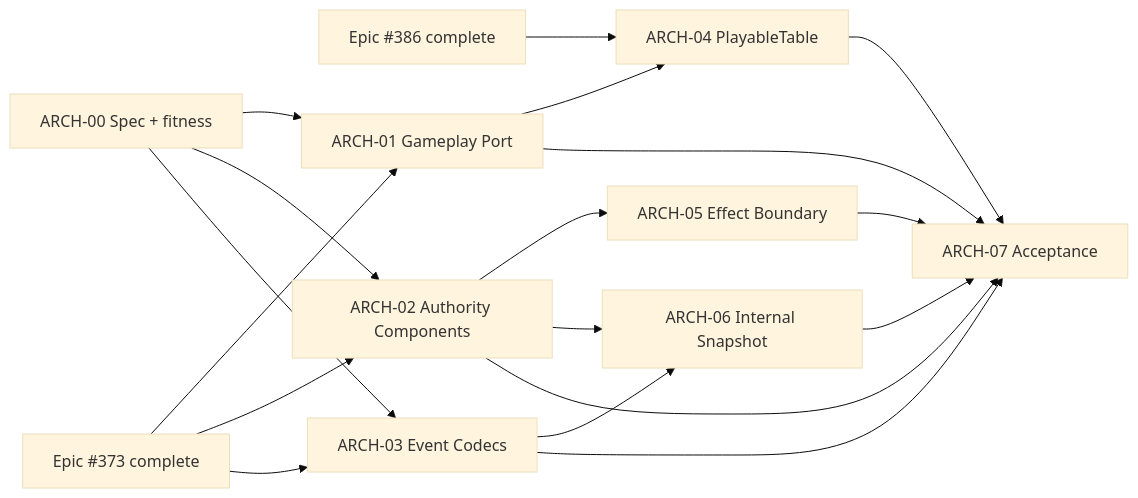
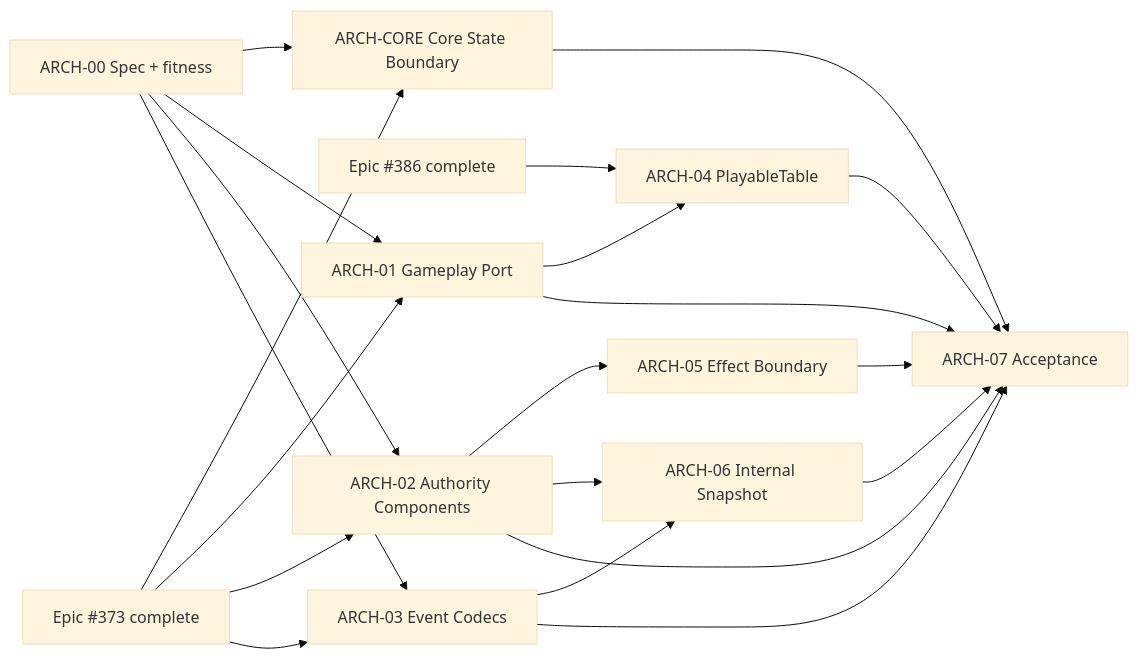
One commit to azhongxiansheng/mahjong-game changed the third of 3 diagrams in docs/superpowers/specs/2026-07-29-architecture-remediation.md. Above: the diagram before and after it, drawn with Mermaid (base theme). The commit also changed other lines of this file and 3 other files, not shown here.

````diff
--- a/docs/superpowers/specs/2026-07-29-architecture-remediation.md
+++ b/docs/superpowers/specs/2026-07-29-architecture-remediation.md
@@ -245,31 +246,35 @@
 ```mermaid
 flowchart LR
     A0["ARCH-00 Spec + fitness"]
+    AC["ARCH-CORE Core State Boundary"]
     E8["Epic #373 complete"]
     UIE["Epic #386 complete"]
     A1["ARCH-01 Gameplay Port"]
     A2["ARCH-02 Authority Components"]
     A3["ARCH-03 Event Codecs"]
     A4["ARCH-04 PlayableTable"]
     A5["ARCH-05 Effect Boundary"]
     A6["ARCH-06 Internal Snapshot"]
     A7["ARCH-07 Acceptance"]
 
+    A0 --> AC
+    E8 --> AC
     A0 --> A1
     A0 --> A2
     A0 --> A3
     E8 --> A1
     E8 --> A2
     E8 --> A3
     A1 --> A4
     UIE --> A4
     A2 --> A5
     A2 --> A6
     A3 --> A6
     A1 --> A7
     A2 --> A7
     A3 --> A7
     A4 --> A7
     A5 --> A7
     A6 --> A7
+    AC --> A7
 ```
````
